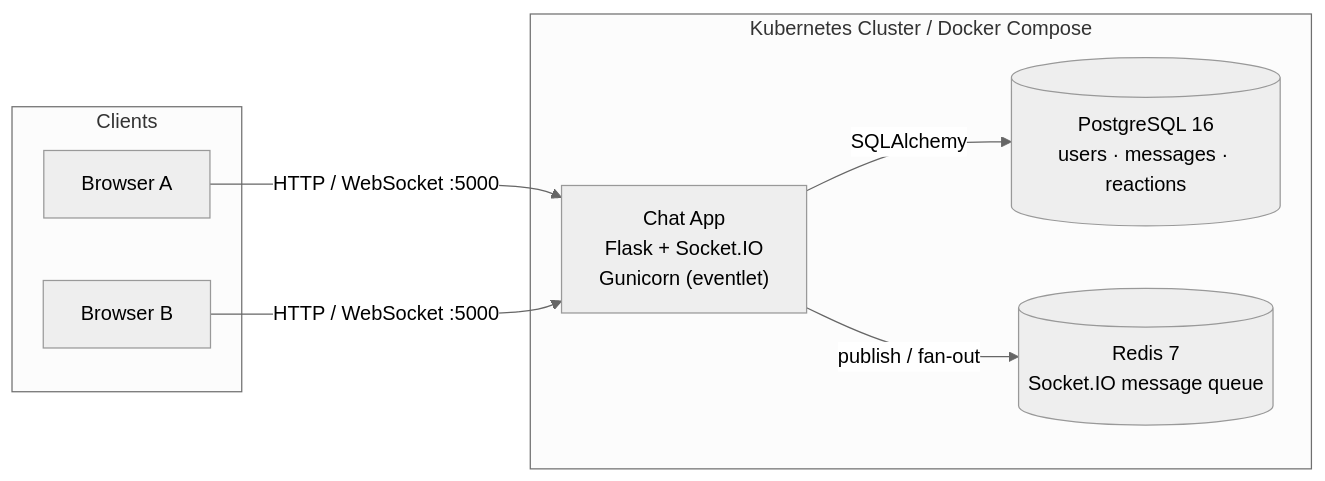
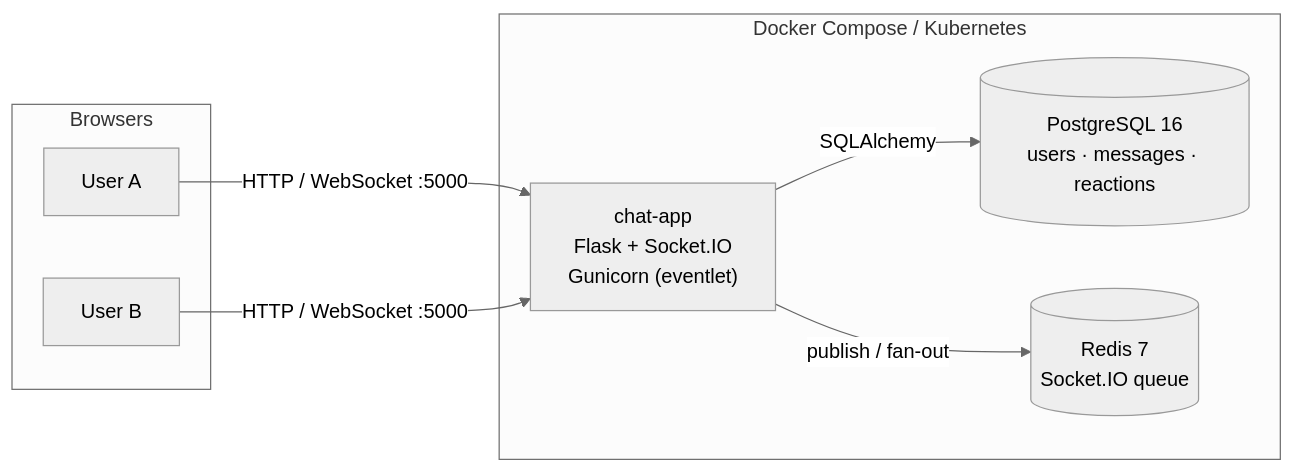
The diagram in README.md (GOMO2005/Real-Time-Chat-Application), drawn with Mermaid (neutral theme) before and after one commit. The commit also changed other lines of this file and 6 other files, not shown here.

````diff
--- a/README.md
+++ b/README.md
@@ -22,18 +66,19 @@
 ```mermaid
 flowchart LR
-    subgraph Clients["Clients"]
-        U1["Browser A"]
-        U2["Browser B"]
+    subgraph Clients["Browsers"]
+        U1["User A"]
+        U2["User B"]
     end
 
-    subgraph Cluster["Kubernetes Cluster / Docker Compose"]
-        APP["Chat App<br/>Flask + Socket.IO<br/>Gunicorn (eventlet)"]
+    subgraph Runtime["Docker Compose / Kubernetes"]
+        APP["chat-app<br/>Flask + Socket.IO<br/>Gunicorn (eventlet)"]
         PG[("PostgreSQL 16<br/>users · messages · reactions")]
-        RD[("Redis 7<br/>Socket.IO message queue")]
+        RD[("Redis 7<br/>Socket.IO queue")]
     end
 
     U1 -- "HTTP / WebSocket :5000" --> APP
     U2 -- "HTTP / WebSocket :5000" --> APP
+
     APP -- "SQLAlchemy" --> PG
     APP -- "publish / fan-out" --> RD
 ```
````
